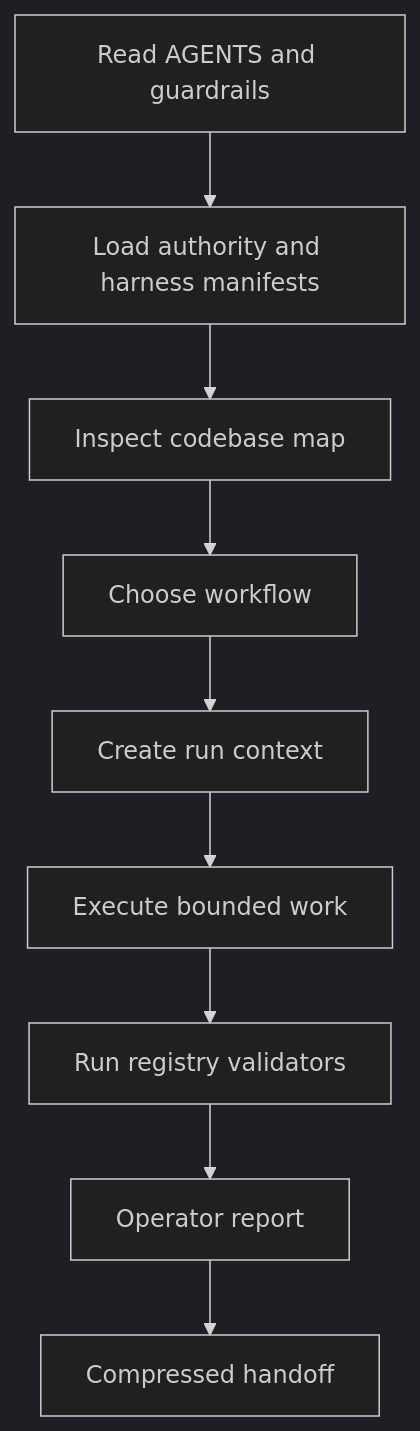
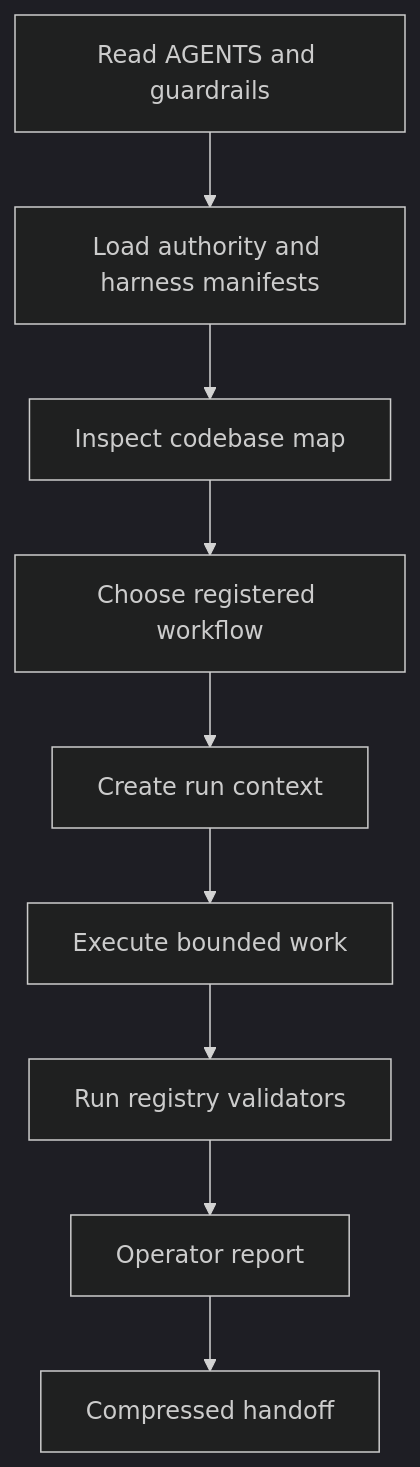
One commit to EndeavorEverlasting/AxTask changed the diagram in docs/AI_HARNESS.md. Above: the diagram before and after it, drawn with Mermaid (dark theme). The commit also changed other lines of this file, not shown here.

````diff
--- a/docs/AI_HARNESS.md
+++ b/docs/AI_HARNESS.md
@@ -29,11 +31,11 @@
 ```mermaid
 flowchart TD
   A[Read AGENTS and guardrails] --> B[Load authority and harness manifests]
   B --> C[Inspect codebase map]
-  C --> D[Choose workflow]
+  C --> D[Choose registered workflow]
   D --> E[Create run context]
   E --> F[Execute bounded work]
   F --> G[Run registry validators]
   G --> H[Operator report]
   H --> I[Compressed handoff]
 ```
````
